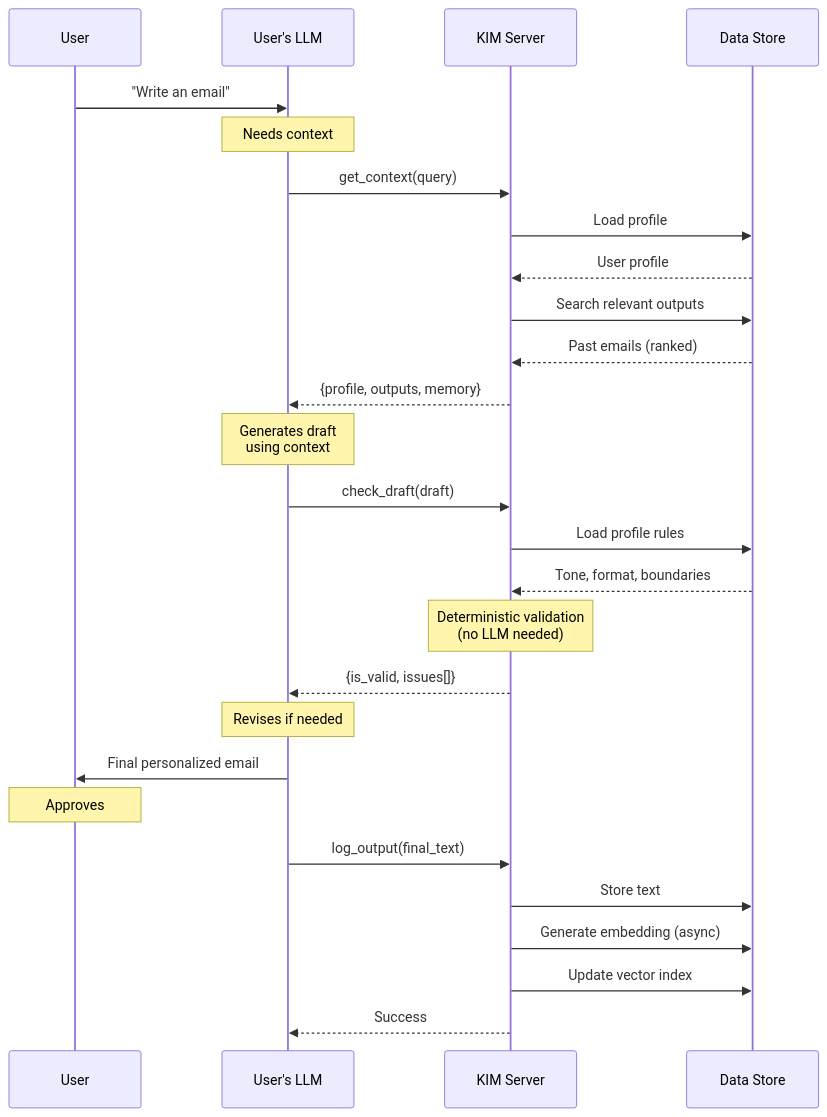
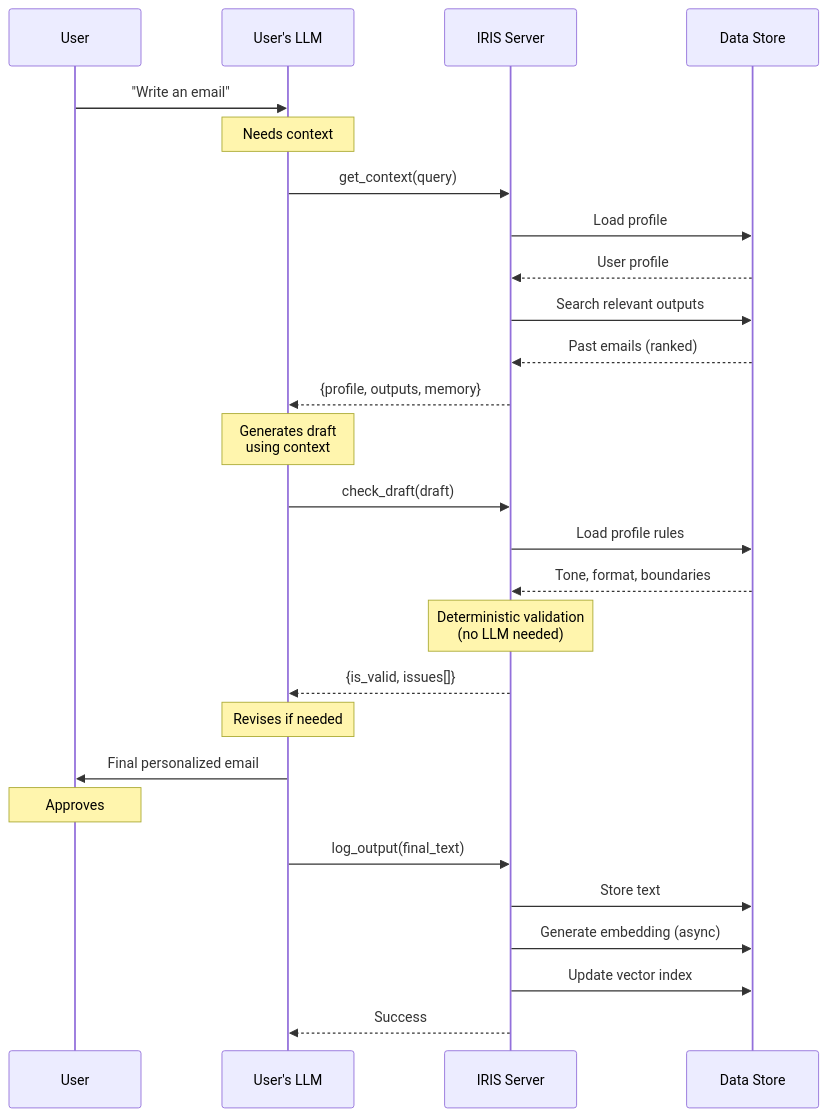
The second of 6 diagrams in docs/diagrams/kim_architecture_professional.md (JuanWiegmann/IRIS), drawn with Mermaid before and after one commit. The commit also changed other lines of this file and 4 other files, not shown here.

First line of the commit message:
docs: add publication-quality diagrams for presentations

````diff
--- a/docs/diagrams/kim_architecture_professional.md
+++ b/docs/diagrams/kim_architecture_professional.md
@@ -105,37 +105,37 @@
 ```mermaid
 sequenceDiagram
     participant User
     participant LLM as User's LLM
-    participant KIM as KIM Server
+    participant IRIS as IRIS Server
     participant Data as Data Store
 
     User->>LLM: "Write an email"
     
     Note over LLM: Needs context
-    LLM->>KIM: get_context(query)
-    KIM->>Data: Load profile
-    Data-->>KIM: User profile
-    KIM->>Data: Search relevant outputs
-    Data-->>KIM: Past emails (ranked)
-    KIM-->>LLM: {profile, outputs, memory}
+    LLM->>IRIS: get_context(query)
+    IRIS->>Data: Load profile
+    Data-->>IRIS: User profile
+    IRIS->>Data: Search relevant outputs
+    Data-->>IRIS: Past emails (ranked)
+    IRIS-->>LLM: {profile, outputs, memory}
     
     Note over LLM: Generates draft<br/>using context
     
-    LLM->>KIM: check_draft(draft)
-    KIM->>Data: Load profile rules
-    Data-->>KIM: Tone, format, boundaries
-    Note over KIM: Deterministic validation<br/>(no LLM needed)
-    KIM-->>LLM: {is_valid, issues[]}
+    LLM->>IRIS: check_draft(draft)
+    IRIS->>Data: Load profile rules
+    Data-->>IRIS: Tone, format, boundaries
+    Note over IRIS: Deterministic validation<br/>(no LLM needed)
+    IRIS-->>LLM: {is_valid, issues[]}
     
     Note over LLM: Revises if needed
     
     LLM->>User: Final personalized email
     
     Note over User: Approves
     
-    LLM->>KIM: log_output(final_text)
-    KIM->>Data: Store text
-    KIM->>Data: Generate embedding (async)
-    KIM->>Data: Update vector index
-    KIM-->>LLM: Success
+    LLM->>IRIS: log_output(final_text)
+    IRIS->>Data: Store text
+    IRIS->>Data: Generate embedding (async)
+    IRIS->>Data: Update vector index
+    IRIS-->>LLM: Success
 ```
````
